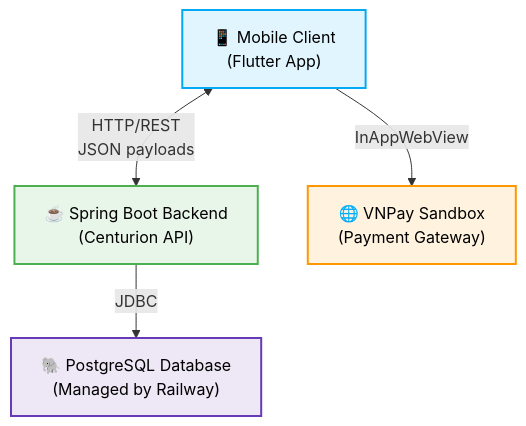
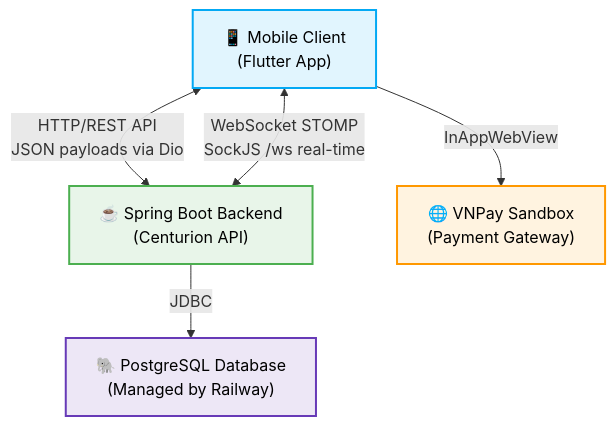
The second of 11 diagrams in reports/diagrams.md (PhanNTSon/prm_project), drawn with Mermaid before and after one commit. The commit also changed other lines of this file and 4 other files, not shown here.

Commit message:
[Add][Modify] add new readme file to clearify functions and adjust diagrams and others informations.

````diff
--- a/reports/diagrams.md
+++ b/reports/diagrams.md
@@ -30,24 +32,25 @@
 ```mermaid
 graph TD
     %% Define main nodes
     A["📱 Mobile Client<br>(Flutter App)"]
     B["☕ Spring Boot Backend<br>(Centurion API)"]
     C["🌐 VNPay Sandbox<br>(Payment Gateway)"]
     D["🐘 PostgreSQL Database<br>(Managed by Railway)"]
 
     %% Establish connections with description labels
-    A <-->|HTTP/REST<br>JSON payloads| B
+    A <-->|HTTP/REST API<br>JSON payloads via Dio| B
+    A <-->|WebSocket STOMP<br>SockJS /ws real-time| B
     A -->|InAppWebView| C
     B -->|JDBC| D
 
     %% Customize display colors (Styles)
     classDef client fill:#e1f5fe,stroke:#03a9f4,stroke-width:2px,color:#000;
     classDef backend fill:#e8f5e9,stroke:#4caf50,stroke-width:2px,color:#000;
     classDef gateway fill:#fff3e0,stroke:#ff9800,stroke-width:2px,color:#000;
     classDef database fill:#ede7f6,stroke:#673ab7,stroke-width:2px,color:#000;
 
     class A client;
     class B backend;
     class C gateway;
     class D database;
 ```
````
